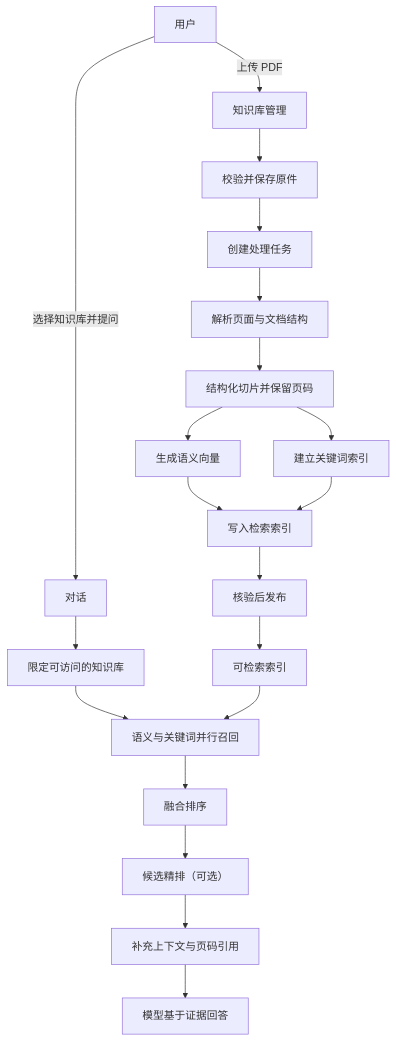
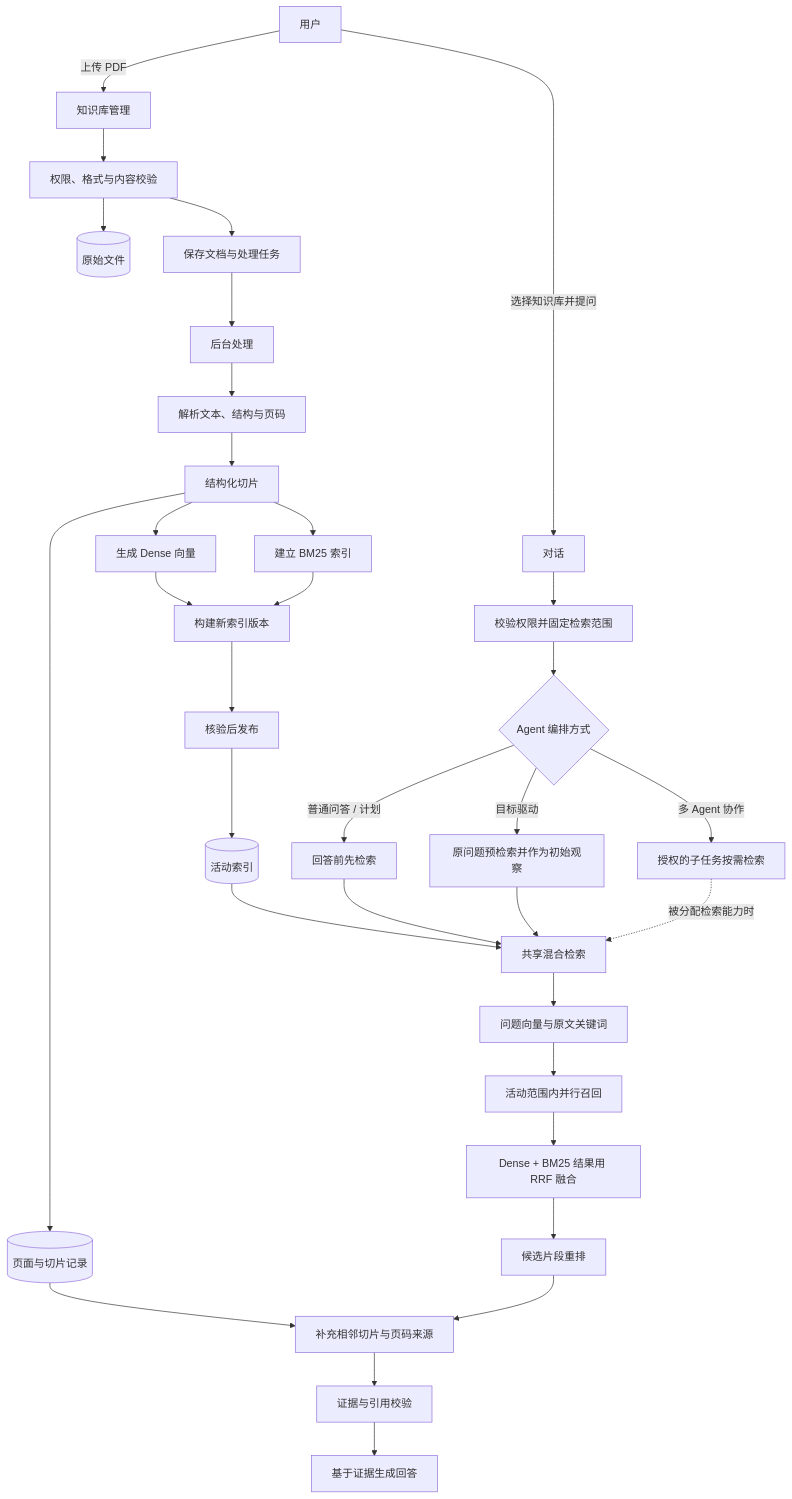
One commit to qzruncode/accumulation changed the diagram in rag/design.md. Above: the diagram before and after it, drawn with Mermaid. The commit also changed other lines of this file, not shown here.

Commit message:
docs: summarize complete PDF RAG flow

````diff
--- a/rag/design.md
+++ b/rag/design.md
@@ -1,22 +1,36 @@
 ```mermaid
 flowchart TD
     User[用户] -->|上传 PDF| Manage[知识库管理]
-    Manage --> Validate[校验并保存原件]
-    Validate --> Task[创建处理任务]
-    Task --> Parse[解析页面与文档结构]
-    Parse --> Chunk[结构化切片并保留页码]
-    Chunk --> Dense[生成语义向量]
-    Chunk --> Lexical[建立关键词索引]
-    Dense --> Index[写入检索索引]
-    Lexical --> Index
-    Index --> Verify[核验后发布] --> Active[可检索索引]
+    Manage --> Validate[权限、格式与内容校验]
+    Validate --> Original[(原始文件)]
+    Validate --> Record[保存文档与处理任务]
+    Record --> Queue[后台处理]
+    Queue --> Parse[解析文本、结构与页码]
+    Parse --> Chunk[结构化切片]
+    Chunk --> PageStore[(页面与切片记录)]
+    Chunk --> Dense[生成 Dense 向量]
+    Chunk --> BM25[建立 BM25 索引]
+    Dense --> Build[构建新索引版本]
+    BM25 --> Build
+    Build --> Verify[核验后发布]
+    Verify --> Active[(活动索引)]
 
     User -->|选择知识库并提问| Chat[对话]
-    Chat --> Scope[限定可访问的知识库]
-    Scope --> Retrieve[语义与关键词并行召回]
+    Chat --> Scope[校验权限并固定检索范围]
+    Scope --> Route{Agent 编排方式}
+    Route -->|普通问答 / 计划| Forced[回答前先检索]
+    Route -->|目标驱动| PreSearch[原问题预检索并作为初始观察]
+    Route -->|多 Agent 协作| Delegated[授权的子任务按需检索]
+    Forced --> Retrieve[共享混合检索]
+    PreSearch --> Retrieve
+    Delegated -. 被分配检索能力时 .-> Retrieve
     Active --> Retrieve
-    Retrieve --> Fuse[融合排序]
-    Fuse --> Rerank[候选精排（可选）]
-    Rerank --> Context[补充上下文与页码引用]
-    Context --> Answer[模型基于证据回答]
+    Retrieve --> QueryRep[问题向量与原文关键词]
+    QueryRep --> Recall[活动范围内并行召回]
+    Recall --> Fuse[Dense + BM25 结果用 RRF 融合]
+    Fuse --> Rerank[候选片段重排]
+    Rerank --> Context[补充相邻切片与页码来源]
+    PageStore --> Context
+    Context --> Check[证据与引用校验]
+    Check --> Answer[基于证据生成回答]
 ```
````
